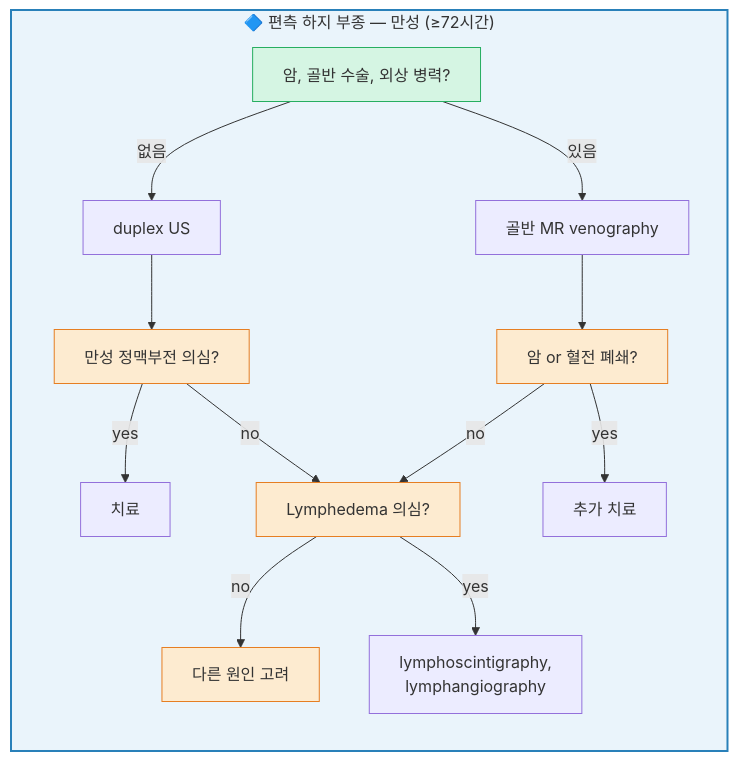
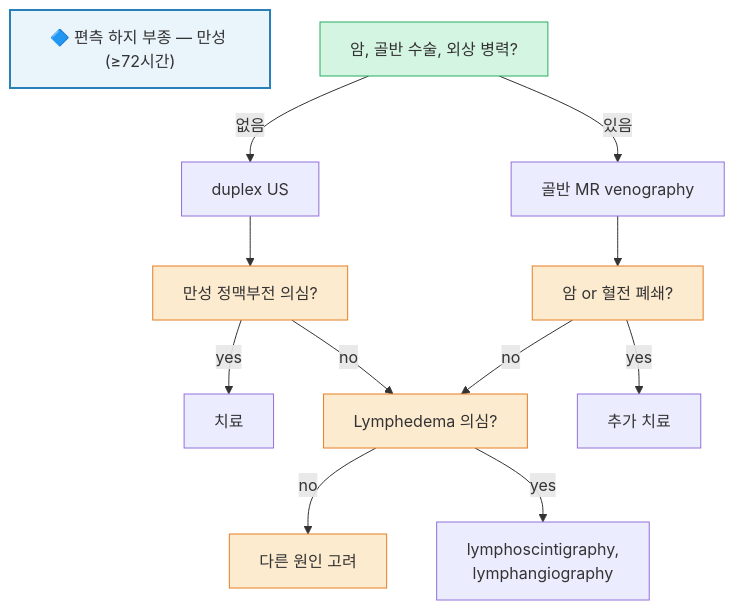
One commit to familyoh77/familyoh77 changed the second of 4 diagrams in 220_/012_-edema.md. Above: the diagram before and after it, drawn with Mermaid. The commit also changed other lines of this file, not shown here.

````diff
--- a/220_/012_-edema.md
+++ b/220_/012_-edema.md
@@ -188,25 +187,25 @@
 ```mermaid
 graph TD
-    subgraph SG2["🔷 편측 하지 부종 — 만성 (≥72시간)"]
-        direction TB
+SG2["🔷 편측 하지 부종 — 만성 (≥72시간)"]
+
         B2["암, 골반 수술, 외상 병력?"]
         B2 -- "없음" --> C2["duplex US"]
         B2 -- "있음" --> D2["골반 MR venography"]
         C2 --> E2["만성 정맥부전 의심?"]
         E2 -- "yes" --> F2["치료"]
         E2 -- "no" --> G2["Lymphedema 의심?"]
         D2 --> H2["암 or 혈전 폐쇄?"]
         H2 -- "no" --> G2
         H2 -- "yes" --> I2["추가 치료"]
         G2 -- "no" --> J2["다른 원인 고려"]
         G2 -- "yes" --> K2["lymphoscintigraphy,
 lymphangiography"]
-    end
+   
 
     style SG2 fill:#eaf4fb,stroke:#2980b9,stroke-width:2px
     style B2 fill:#d5f5e3,stroke:#27ae60
     style H2 fill:#fdebd0,stroke:#e67e22
     style E2 fill:#fdebd0,stroke:#e67e22
     style G2 fill:#fdebd0,stroke:#e67e22
     style J2 fill:#fdebd0,stroke:#e67e22
 ```
````
